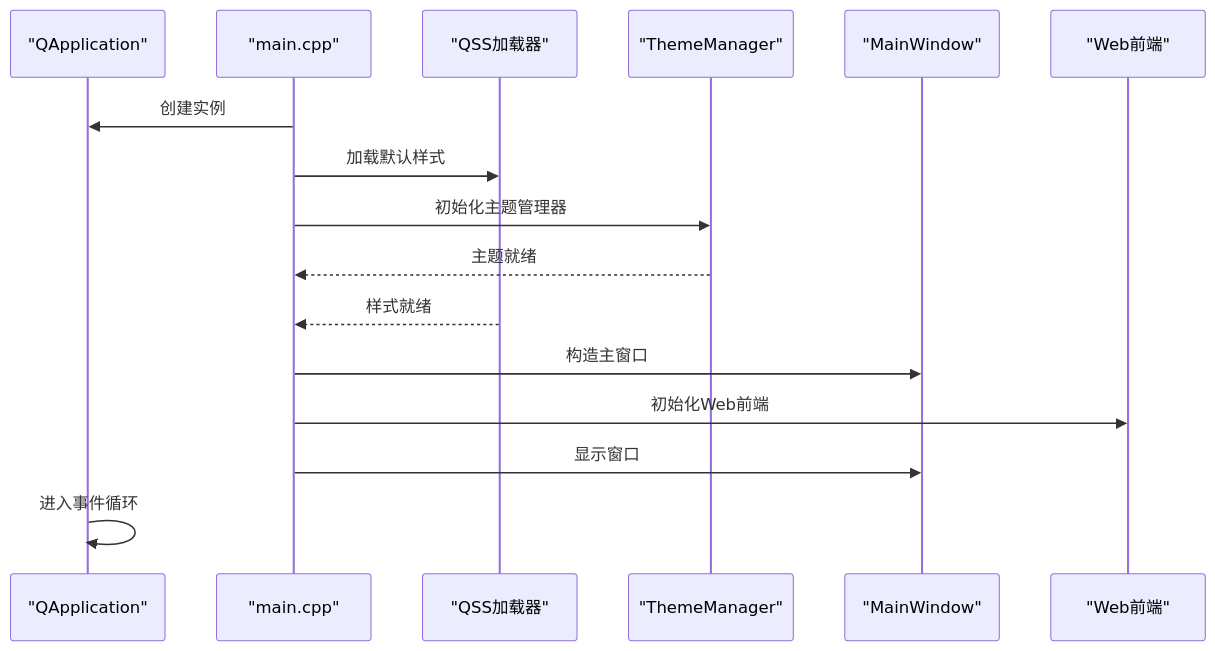
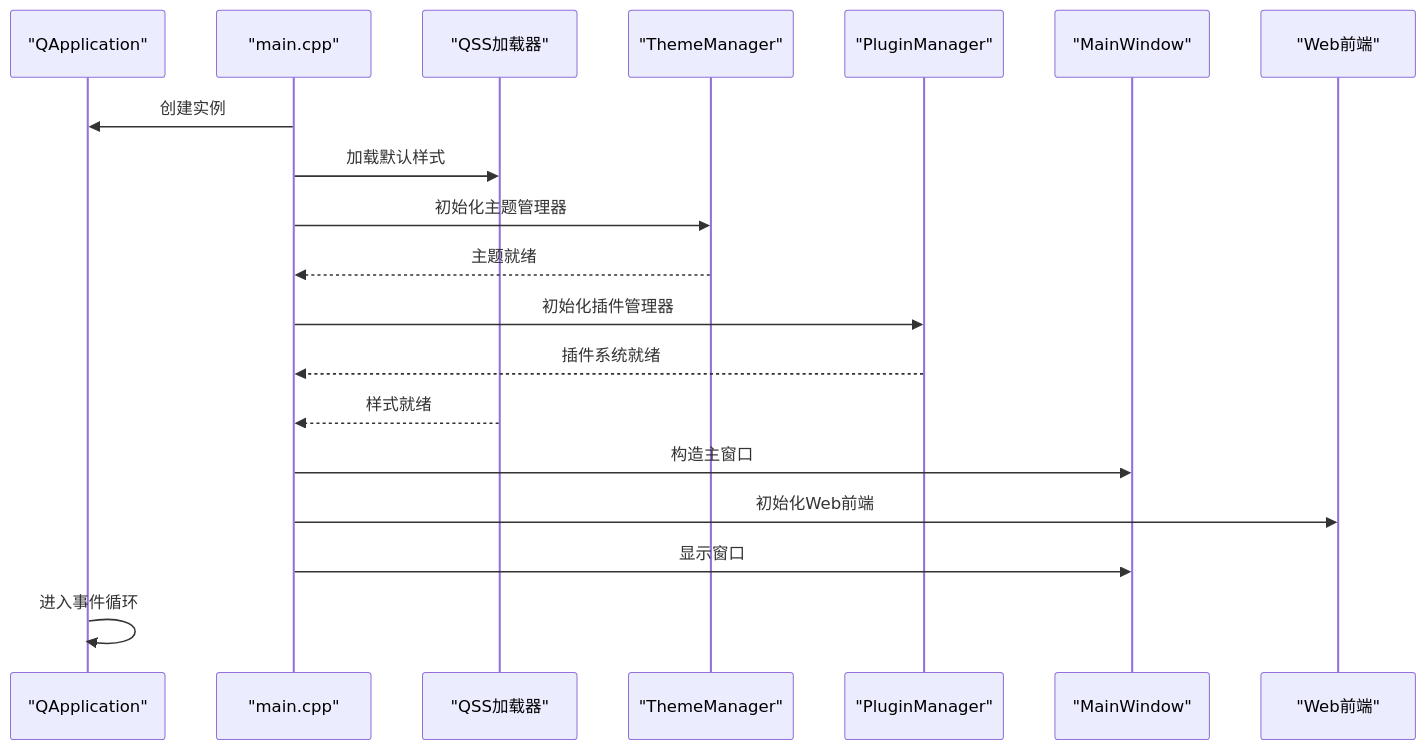
The third of 32 diagrams in .qoder/repowiki/zh/content/架构设计/UI系统设计/UI系统设计.md (jakecai1225-design/OpenBus), drawn with Mermaid before and after one commit. The commit also changed other lines of this file and 78 other files, not shown here.

````diff
--- a/.qoder/repowiki/zh/content/架构设计/UI系统设计/UI系统设计.md
+++ b/.qoder/repowiki/zh/content/架构设计/UI系统设计/UI系统设计.md
@@ -333,18 +367,21 @@
 ```mermaid
 sequenceDiagram
 participant App as "QApplication"
 participant Main as "main.cpp"
 participant Style as "QSS加载器"
 participant Theme as "ThemeManager"
+participant Plugin as "PluginManager"
 participant Win as "MainWindow"
 participant Web as "Web前端"
 Main->>App : 创建实例
 Main->>Style : 加载默认样式
 Main->>Theme : 初始化主题管理器
 Theme-->>Main : 主题就绪
+Main->>Plugin : 初始化插件管理器
+Plugin-->>Main : 插件系统就绪
 Style-->>Main : 样式就绪
 Main->>Win : 构造主窗口
 Main->>Web : 初始化Web前端
 Main->>Win : 显示窗口
 App->>App : 进入事件循环
 ```
````
